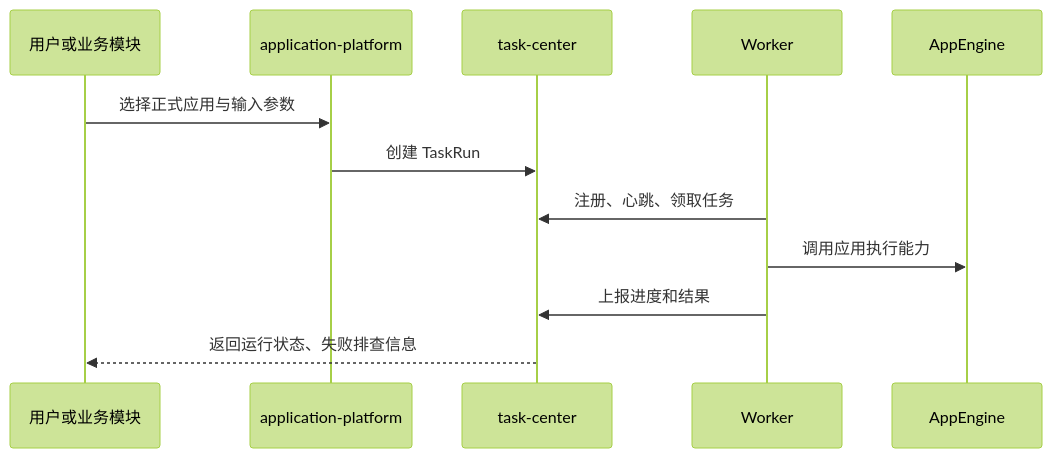
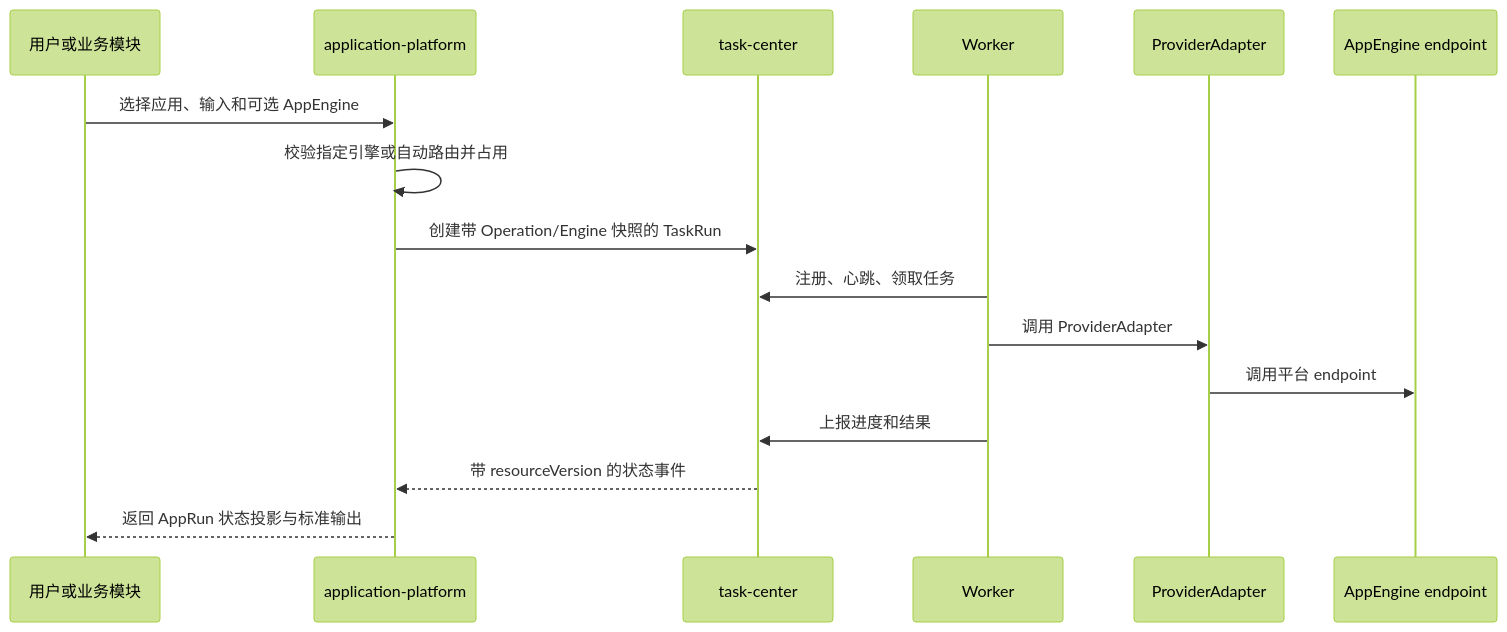
Before and after one commit to wangweihong/omnimam-spec: the third of 3 diagrams in 02_architecture/global-architecture.md, drawn with Mermaid (forest theme). The commit also changed other lines of this file and 14 other files, not shown here.

````diff
--- a/02_architecture/global-architecture.md
+++ b/02_architecture/global-architecture.md
@@ -78,15 +78,19 @@
 ```mermaid
 sequenceDiagram
   participant User as 用户或业务模块
   participant App as application-platform
   participant Task as task-center
   participant Worker as Worker
-  participant Engine as AppEngine
+  participant Adapter as ProviderAdapter
+  participant Engine as AppEngine endpoint
 
-  User->>App: 选择正式应用与输入参数
-  App->>Task: 创建 TaskRun
+  User->>App: 选择应用、输入和可选 AppEngine
+  App->>App: 校验指定引擎或自动路由并占用
+  App->>Task: 创建带 Operation/Engine 快照的 TaskRun
   Worker->>Task: 注册、心跳、领取任务
-  Worker->>Engine: 调用应用执行能力
+  Worker->>Adapter: 调用 ProviderAdapter
+  Adapter->>Engine: 调用平台 endpoint
   Worker->>Task: 上报进度和结果
-  Task-->>User: 返回运行状态、失败排查信息
+  Task-->>App: 带 resourceVersion 的状态事件
+  App-->>User: 返回 AppRun 状态投影与标准输出
 ```
````
